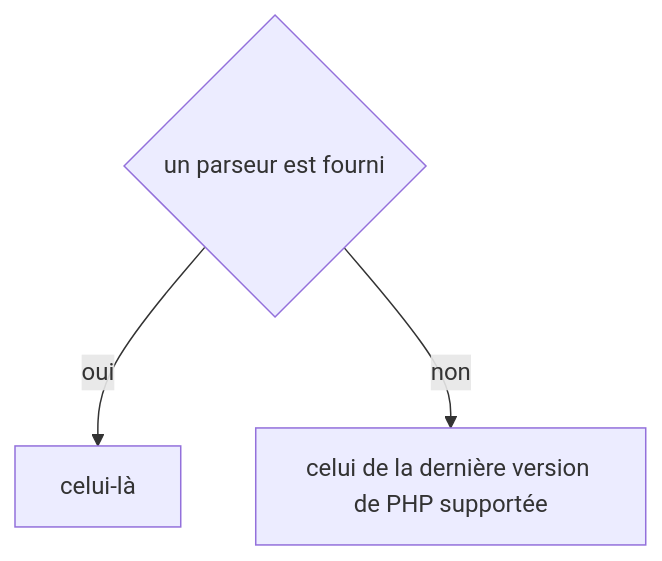
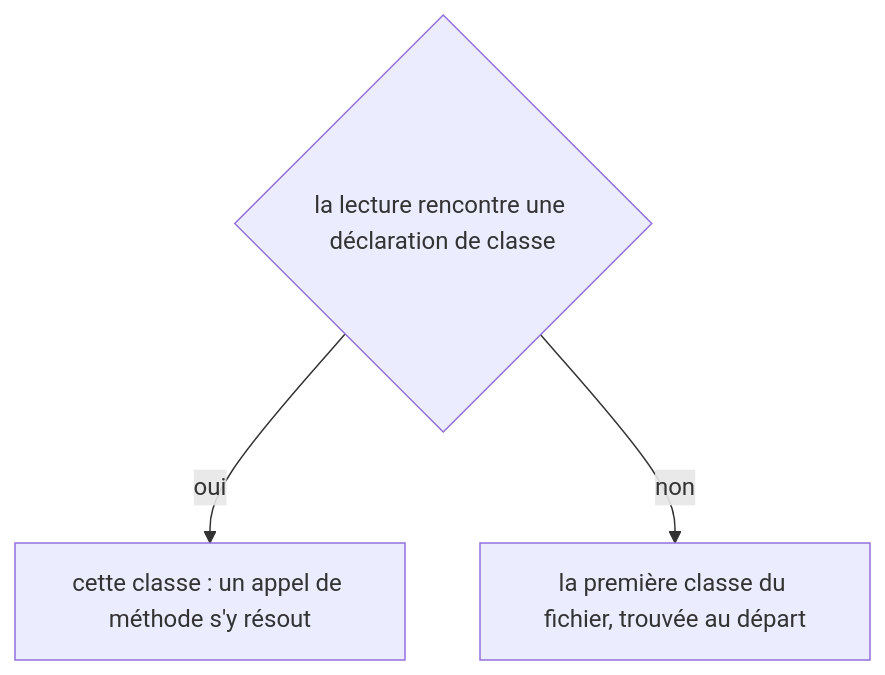
The eighth of 9 diagrams in docs/workflows/commands/workflows.inspect.md (jul6art/devtools), drawn with Mermaid before and after one commit. The commit also changed other lines of this file and 98 other files, not shown here.

````diff
--- a/docs/workflows/commands/workflows.inspect.md
+++ b/docs/workflows/commands/workflows.inspect.md
@@ -102,6 +98,6 @@
 ```mermaid
 flowchart TD
-  d1{"un parseur est fourni"}
-  d1 -->|oui| v1["celui-là"]
-  d1 -->|non| v2["celui de la dernière version de PHP supportée"]
+  d1{"la lecture rencontre une déclaration de classe"}
+  d1 -->|oui| v1["cette classe : un appel de méthode s'y résout"]
+  d1 -->|non| v2["la première classe du fichier, trouvée au départ"]
 ```
````
